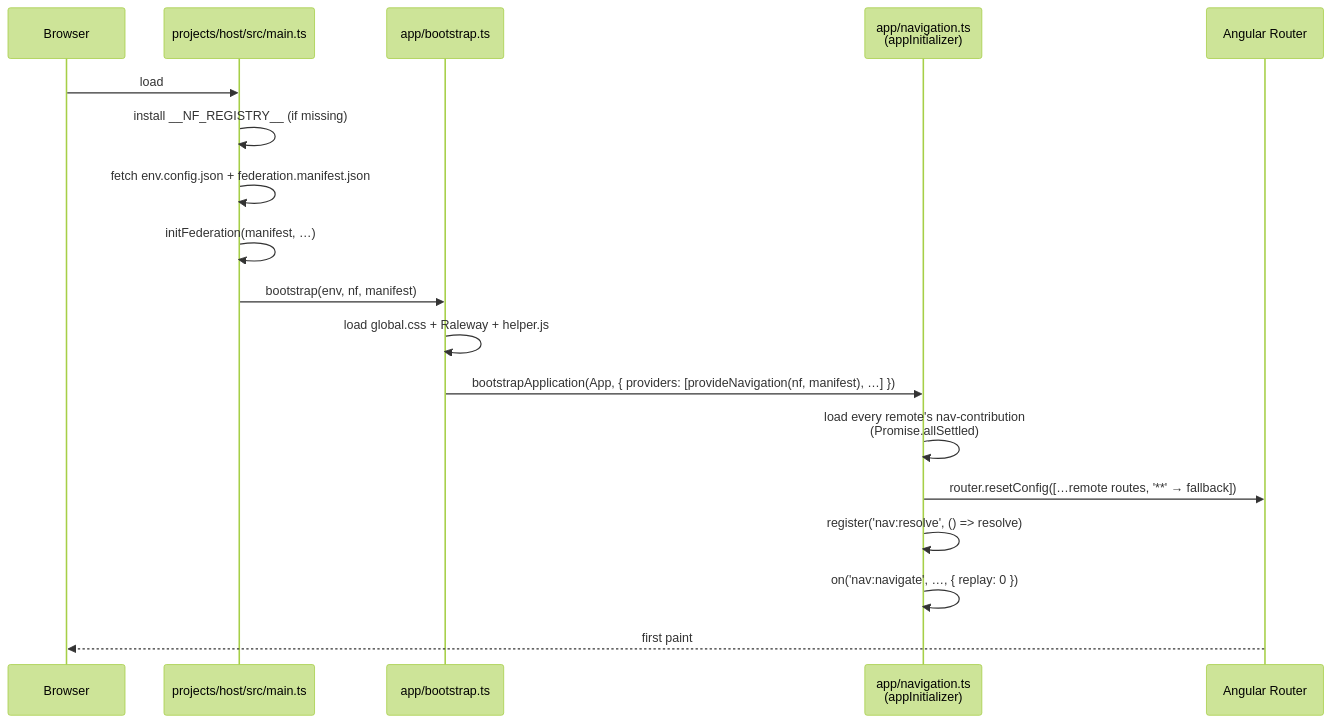
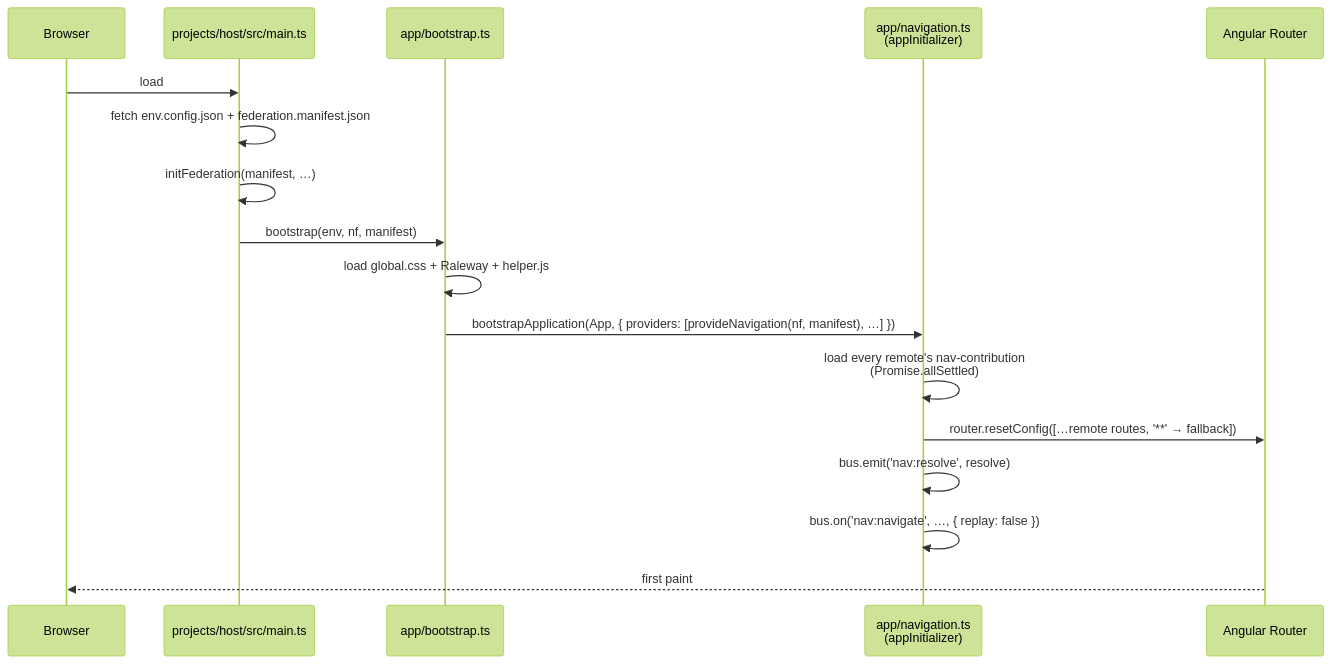
One commit to native-federation/playground changed the fourth of 4 diagrams in angular/tractor-store/docs/architecture.md. Above: the diagram before and after it, drawn with Mermaid (forest theme). The commit also changed other lines of this file and 124 other files, not shown here.

````diff
--- a/angular/tractor-store/docs/architecture.md
+++ b/angular/tractor-store/docs/architecture.md
@@ -380,21 +390,20 @@
 ```mermaid
 sequenceDiagram
     participant Browser
     participant Main as projects/host/src/main.ts
     participant Boot as app/bootstrap.ts
     participant Nav as app/navigation.ts<br/>(appInitializer)
     participant Router as Angular Router
 
     Browser->>Main: load
-    Main->>Main: install __NF_REGISTRY__ (if missing)
     Main->>Main: fetch env.config.json + federation.manifest.json
     Main->>Main: initFederation(manifest, …)
     Main->>Boot: bootstrap(env, nf, manifest)
     Boot->>Boot: load global.css + Raleway + helper.js
     Boot->>Nav: bootstrapApplication(App, { providers: [provideNavigation(nf, manifest), …] })
     Nav->>Nav: load every remote's nav-contribution<br/>(Promise.allSettled)
     Nav->>Router: router.resetConfig([…remote routes, '**' → fallback])
-    Nav->>Nav: register('nav:resolve', () => resolve)
-    Nav->>Nav: on('nav:navigate', …, { replay: 0 })
+    Nav->>Nav: bus.emit('nav:resolve', resolve)
+    Nav->>Nav: bus.on('nav:navigate', …, { replay: false })
     Router-->>Browser: first paint
 ```
````
